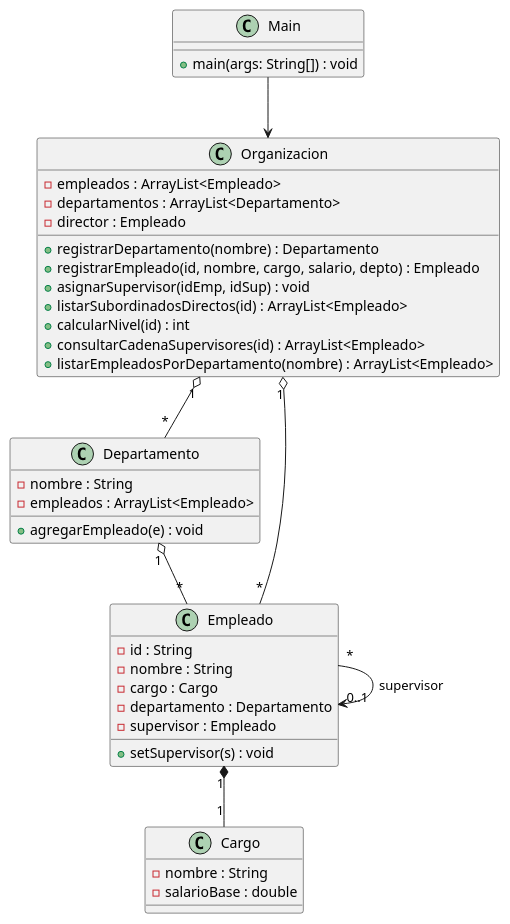
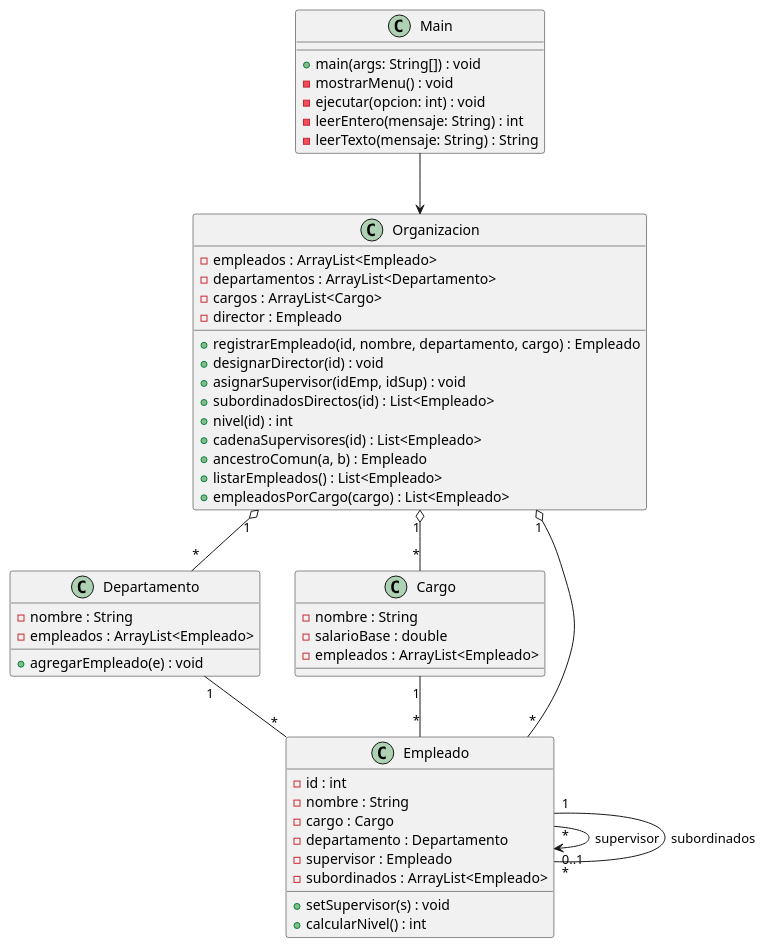
The diagram in Prueba-POO-Grupo-5/Prueba-POO-Grupo-5/docs/diagrama_clases.puml (valentinaortiz16/Prueba-POO-Grupo-5), drawn with PlantUML before and after one commit. The commit also changed other lines of this file, not shown here.

Commit message:
Actualizar diagrama UML de clases del sistema
Se incorpora el diagrama UML actualizado con las clases, atributos, métodos y relaciones del sistema de gestión jerárquica de empleados.

```diff
--- a/Prueba-POO-Grupo-5/Prueba-POO-Grupo-5/docs/diagrama_clases.puml
+++ b/Prueba-POO-Grupo-5/Prueba-POO-Grupo-5/docs/diagrama_clases.puml
@@ -1,40 +5,62 @@
 @startuml
+
 class Main {
   + main(args: String[]) : void
+  - mostrarMenu() : void
+  - ejecutar(opcion: int) : void
+  - leerEntero(mensaje: String) : int
+  - leerTexto(mensaje: String) : String
 }
+
 class Organizacion {
   - empleados : ArrayList<Empleado>
   - departamentos : ArrayList<Departamento>
+  - cargos : ArrayList<Cargo>
   - director : Empleado
-  + registrarDepartamento(nombre) : Departamento
-  + registrarEmpleado(id, nombre, cargo, salario, depto) : Empleado
+  + registrarEmpleado(id, nombre, departamento, cargo) : Empleado
+  + designarDirector(id) : void
   + asignarSupervisor(idEmp, idSup) : void
-  + listarSubordinadosDirectos(id) : ArrayList<Empleado>
-  + calcularNivel(id) : int
-  + consultarCadenaSupervisores(id) : ArrayList<Empleado>
-  + listarEmpleadosPorDepartamento(nombre) : ArrayList<Empleado>
+  + subordinadosDirectos(id) : List<Empleado>
+  + nivel(id) : int
+  + cadenaSupervisores(id) : List<Empleado>
+  + ancestroComun(a, b) : Empleado
+  + listarEmpleados() : List<Empleado>
+  + empleadosPorCargo(cargo) : List<Empleado>
 }
+
 class Departamento {
   - nombre : String
   - empleados : ArrayList<Empleado>
   + agregarEmpleado(e) : void
 }
+
+class Cargo {
+  - nombre : String
+  - salarioBase : double
+  - empleados : ArrayList<Empleado>
+}
+
 class Empleado {
-  - id : String
+  - id : int
   - nombre : String
   - cargo : Cargo
   - departamento : Departamento
   - supervisor : Empleado
+  - subordinados : ArrayList<Empleado>
   + setSupervisor(s) : void
+  + calcularNivel() : int
 }
-class Cargo {
-  - nombre : String
-  - salarioBase : double
-}
+
 Main --> Organizacion
+
 Organizacion "1" o-- "*" Empleado
 Organizacion "1" o-- "*" Departamento
-Departamento "1" o-- "*" Empleado
-Empleado "1" *-- "1" Cargo
+Organizacion "1" o-- "*" Cargo
+
+Departamento "1" -- "*" Empleado
+Cargo "1" -- "*" Empleado
+
 Empleado "*" --> "0..1" Empleado : supervisor
+Empleado "1" -- "*" Empleado : subordinados
+
 @enduml
```
